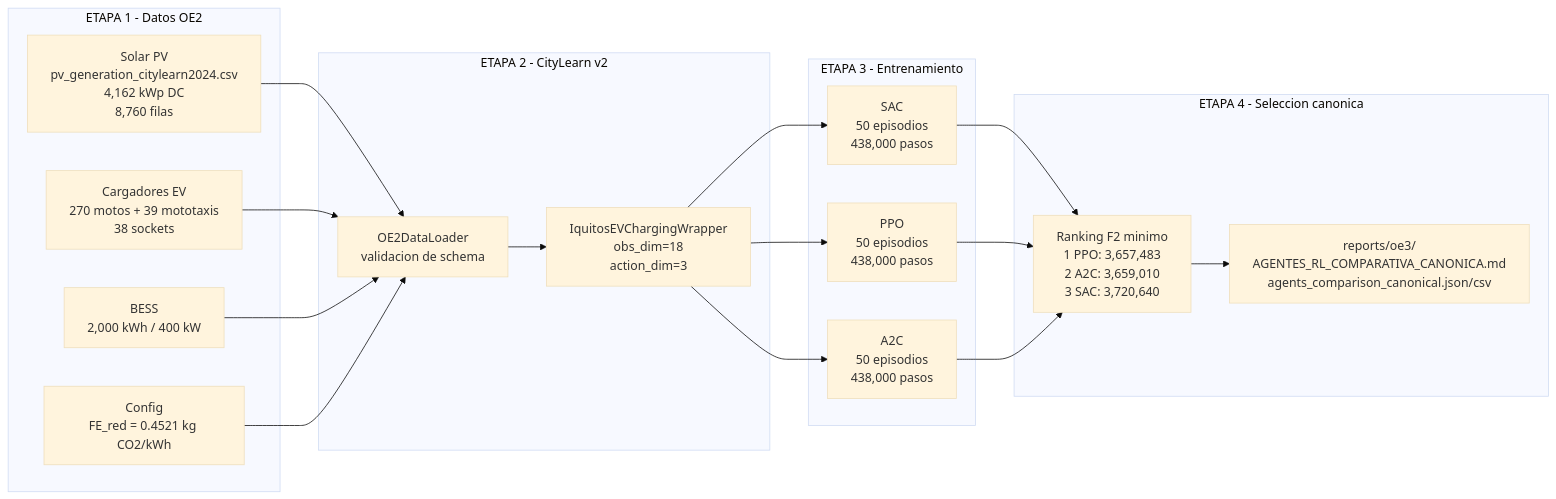
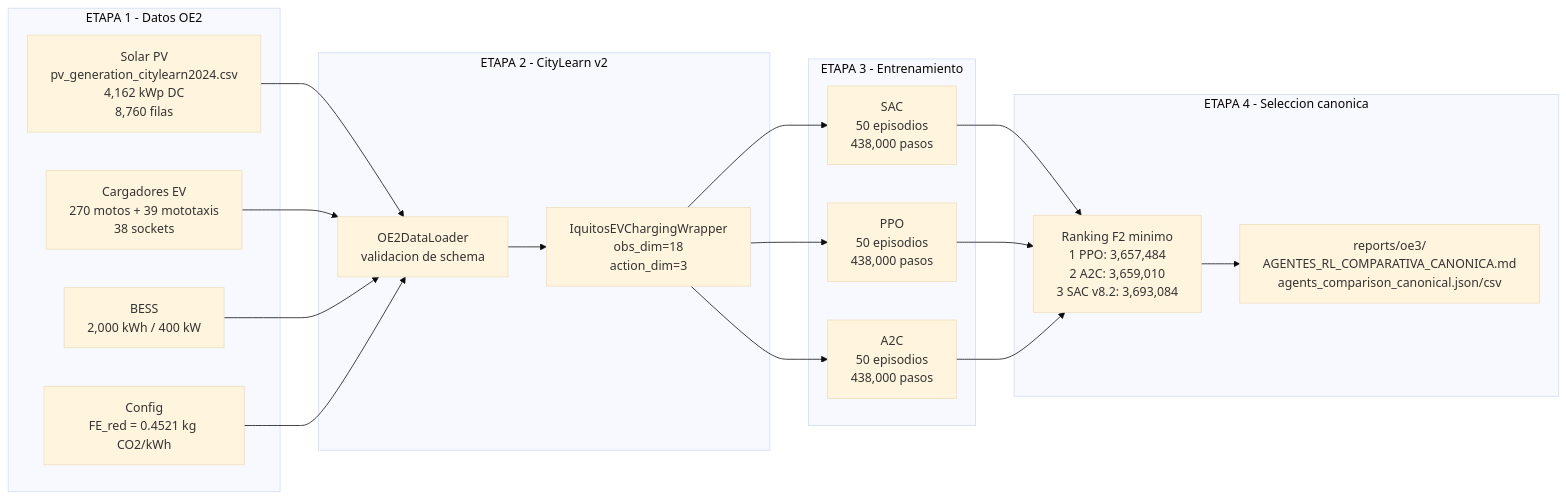
Before and after one commit to Mac-Tapia/dise-opvbesscar: the diagram in reports/02_FLUJO_TRABAJO_DETALLADO.mmd, drawn with Mermaid (base theme). The commit also changed 33 other files, not shown here.

```diff
--- a/reports/02_FLUJO_TRABAJO_DETALLADO.mmd
+++ b/reports/02_FLUJO_TRABAJO_DETALLADO.mmd
@@ -1,36 +1,36 @@
 graph LR
     subgraph ETAPA1["ETAPA 1 - Datos OE2"]
         SOLF["Solar PV<br/>pv_generation_citylearn2024.csv<br/>4,162 kWp DC<br/>8,760 filas"]
         EV_F["Cargadores EV<br/>270 motos + 39 mototaxis<br/>38 sockets"]
         BESSF["BESS<br/>2,000 kWh / 400 kW"]
         CFG["Config<br/>FE_red = 0.4521 kg CO2/kWh"]
     end
 
     subgraph ETAPA2["ETAPA 2 - CityLearn v2"]
         DL["OE2DataLoader<br/>validacion de schema"]
         CL["IquitosEVChargingWrapper<br/>obs_dim=18<br/>action_dim=3"]
     end
 
     subgraph ETAPA3["ETAPA 3 - Entrenamiento"]
         SAC["SAC<br/>50 episodios<br/>438,000 pasos"]
         PPO["PPO<br/>50 episodios<br/>438,000 pasos"]
         A2C["A2C<br/>50 episodios<br/>438,000 pasos"]
     end
 
     subgraph ETAPA4["ETAPA 4 - Seleccion canonica"]
-        RANK["Ranking F2 minimo<br/>1 PPO: 3,657,483<br/>2 A2C: 3,659,010<br/>3 SAC: 3,720,640"]
+        RANK["Ranking F2 minimo<br/>1 PPO: 3,657,484<br/>2 A2C: 3,659,010<br/>3 SAC v8.2: 3,693,084"]
         DOC["reports/oe3/<br/>AGENTES_RL_COMPARATIVA_CANONICA.md<br/>agents_comparison_canonical.json/csv"]
     end
 
     SOLF --> DL
     EV_F --> DL
     BESSF --> DL
     CFG --> DL
     DL --> CL
     CL --> SAC
     CL --> PPO
     CL --> A2C
     SAC --> RANK
     PPO --> RANK
     A2C --> RANK
     RANK --> DOC
```
